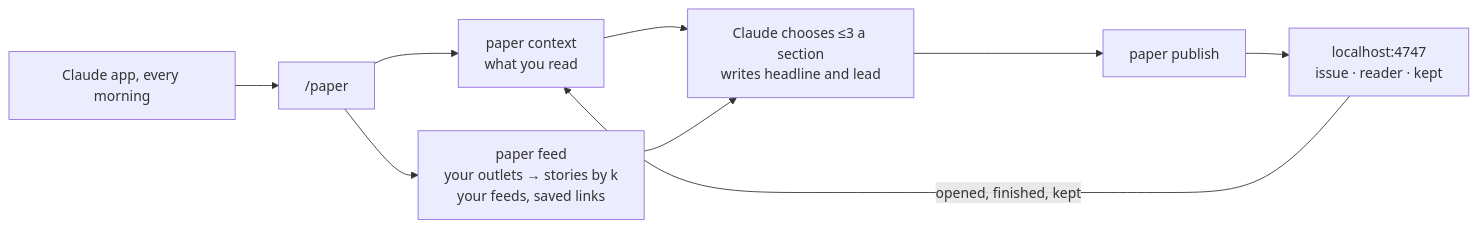
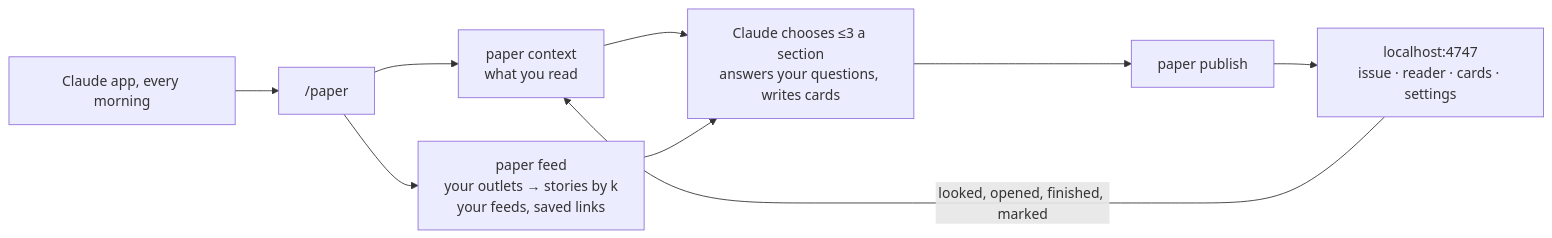
The diagram in README.md (VeghV03/morning-paper), drawn with Mermaid before and after one commit. The commit also changed other lines of this file and 14 other files, not shown here.

Commit message:
Skills, README and screenshots for the one app: steering rules, answers and cards in /paper, topics in /setup, settings in place of the dashboard

````diff
--- a/README.md
+++ b/README.md
@@ -60,10 +69,10 @@
 ```mermaid
 flowchart LR
   A[Claude app, every morning] --> B["/paper"]
   B --> C["paper context<br/>what you read"]
   B --> D["paper feed<br/>your outlets → stories by k<br/>your feeds, saved links"]
-  C & D --> E[Claude chooses ≤3 a section<br/>writes headline and lead]
+  C & D --> E[Claude chooses ≤3 a section<br/>answers your questions, writes cards]
   E --> F[paper publish]
-  F --> G["localhost:4747<br/>issue · reader · kept"]
-  G -->|opened, finished, kept| C
+  F --> G["localhost:4747<br/>issue · reader · cards · settings"]
+  G -->|looked, opened, finished, marked| C
 ```
````
